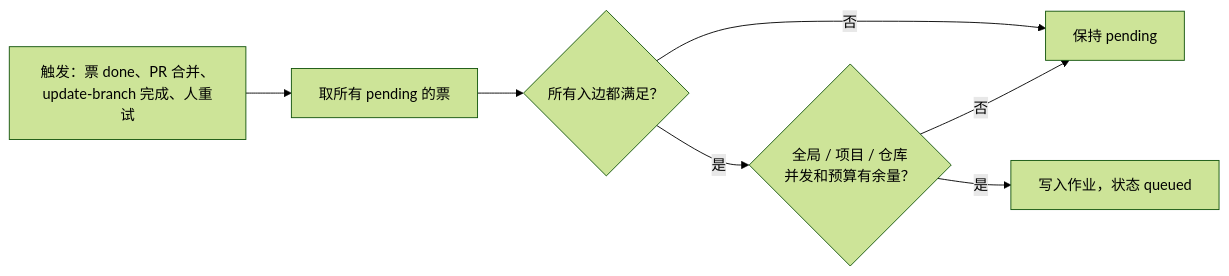
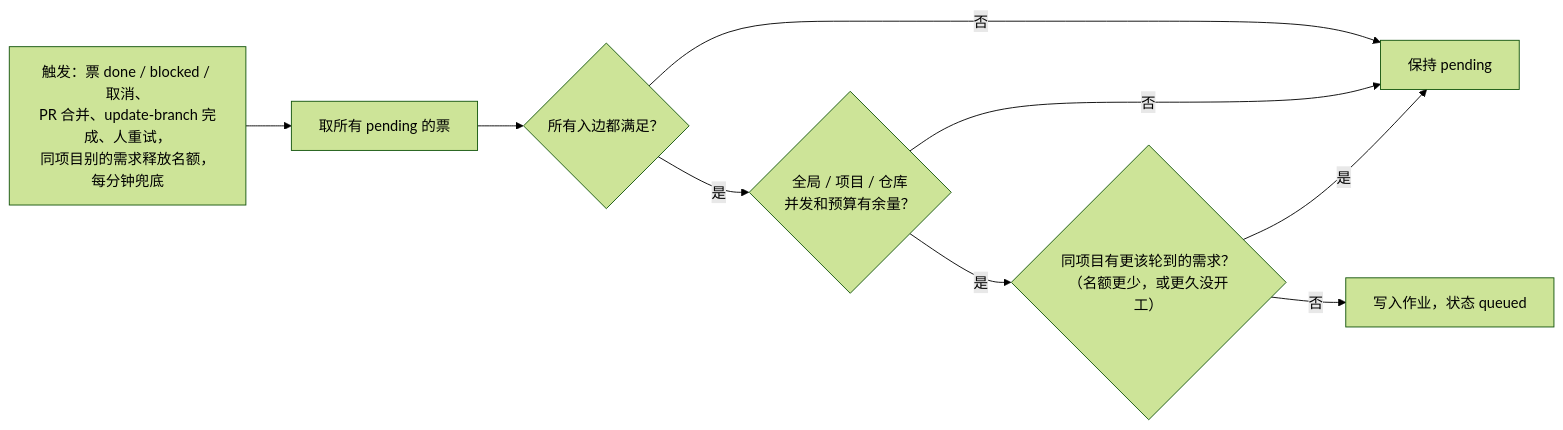
Before and after one commit to xxh171015/afk-platform: the eighth of 24 diagrams in docs/design.md, drawn with Mermaid (forest theme). The commit also changed other lines of this file and 8 other files, not shown here.

````diff
--- a/docs/design.md
+++ b/docs/design.md
@@ -486,9 +486,11 @@
 ```mermaid
 flowchart LR
-    ev["触发：票 done、PR 合并、<br/>update-branch 完成、人重试"] --> scan["取所有 pending 的票"]
+    ev["触发：票 done / blocked / 取消、<br/>PR 合并、update-branch 完成、人重试，<br/>同项目别的需求释放名额，每分钟兜底"] --> scan["取所有 pending 的票"]
     scan --> edges{"所有入边都满足？"}
     edges -->|否| wait["保持 pending"]
     edges -->|是| limit{"全局 / 项目 / 仓库<br/>并发和预算有余量？"}
     limit -->|否| wait
-    limit -->|是| q["写入作业，状态 queued"]
+    limit -->|是| turn{"同项目有更该轮到的需求？<br/>（名额更少，或更久没开工）"}
+    turn -->|是| wait
+    turn -->|否| q["写入作业，状态 queued"]
 ```
````
